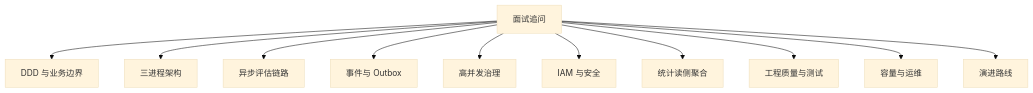
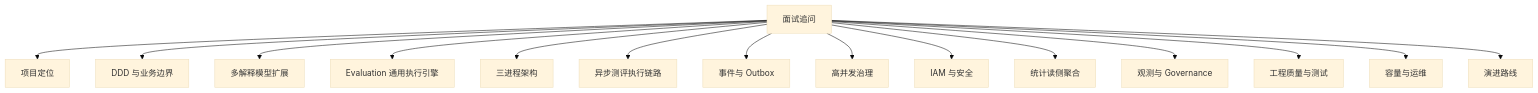
One commit to FangcunMount/qs-server changed the diagram in docs/06-宣讲/11-面试追问证据索引.md. Above: the diagram before and after it, drawn with Mermaid (base theme). The commit also changed other lines of this file and 25 other files, not shown here.

````diff
--- a/docs/06-宣讲/11-面试追问证据索引.md
+++ b/docs/06-宣讲/11-面试追问证据索引.md
@@ -38,25 +71,34 @@
 ```mermaid
 flowchart TB
     Q["面试追问"]
+
+    Position["项目定位"]
     DDD["DDD 与业务边界"]
+    Model["多解释模型扩展"]
+    Evaluation["Evaluation 通用执行引擎"]
     Runtime["三进程架构"]
-    Async["异步评估链路"]
+    Async["异步测评执行链路"]
     Event["事件与 Outbox"]
     Resilience["高并发治理"]
     Security["IAM 与安全"]
     Stats["统计读侧聚合"]
+    Observability["观测与 Governance"]
     Quality["工程质量与测试"]
     Ops["容量与运维"]
     Evolution["演进路线"]
 
+    Q --> Position
     Q --> DDD
+    Q --> Model
+    Q --> Evaluation
     Q --> Runtime
     Q --> Async
     Q --> Event
     Q --> Resilience
     Q --> Security
     Q --> Stats
+    Q --> Observability
     Q --> Quality
     Q --> Ops
     Q --> Evolution
 ```
````
